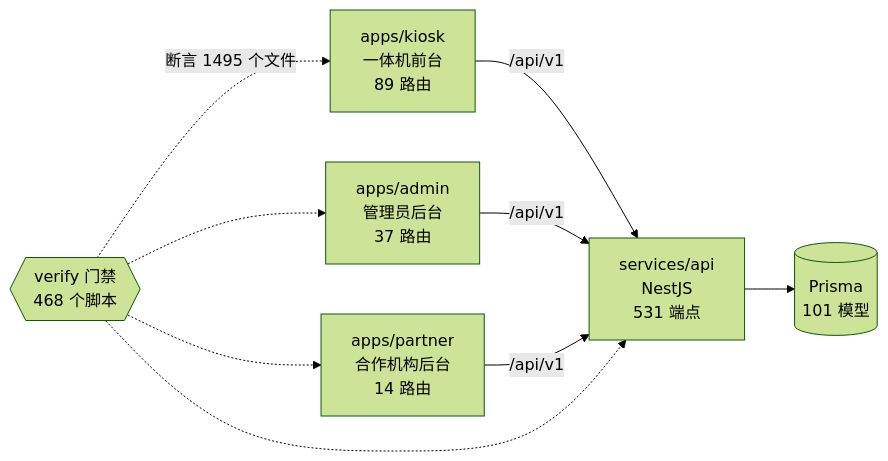
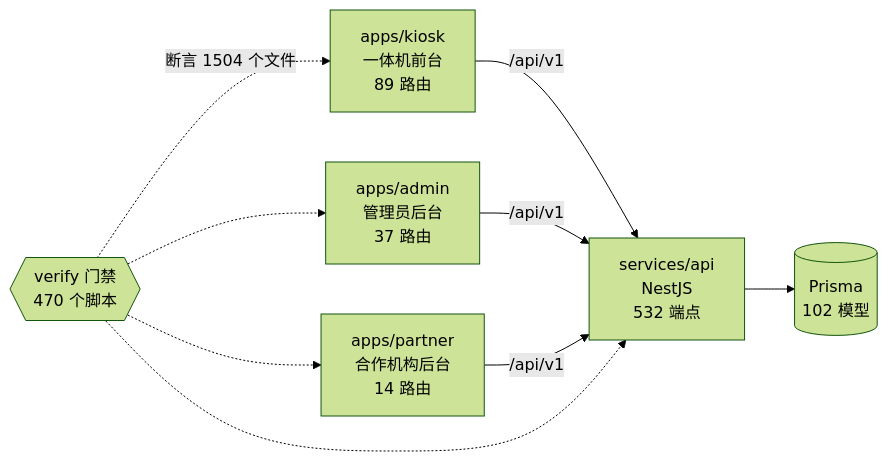
One commit to wanglei581/YITIJI changed the diagram in docs/graph/README.md. Above: the diagram before and after it, drawn with Mermaid (forest theme). The commit also changed other lines of this file and 6 other files, not shown here.

First line of the commit message:
docs: record commercial integration of A/B/C/D and refresh graph

````diff
--- a/docs/graph/README.md
+++ b/docs/graph/README.md
@@ -68,18 +68,18 @@
 ```mermaid
 flowchart LR
   kiosk["apps/kiosk<br/>一体机前台<br/>89 路由"]
   admin["apps/admin<br/>管理员后台<br/>37 路由"]
   partner["apps/partner<br/>合作机构后台<br/>14 路由"]
-  api["services/api<br/>NestJS<br/>531 端点"]
-  db[("Prisma<br/>101 模型")]
-  gates{{"verify 门禁<br/>468 个脚本"}}
+  api["services/api<br/>NestJS<br/>532 端点"]
+  db[("Prisma<br/>102 模型")]
+  gates{{"verify 门禁<br/>470 个脚本"}}
 
   kiosk -->|"/api/v1"| api
   admin -->|"/api/v1"| api
   partner -->|"/api/v1"| api
   api --> db
-  gates -.->|"断言 1495 个文件"| kiosk
+  gates -.->|"断言 1504 个文件"| kiosk
   gates -.-> admin
   gates -.-> partner
   gates -.-> api
 ```
````
